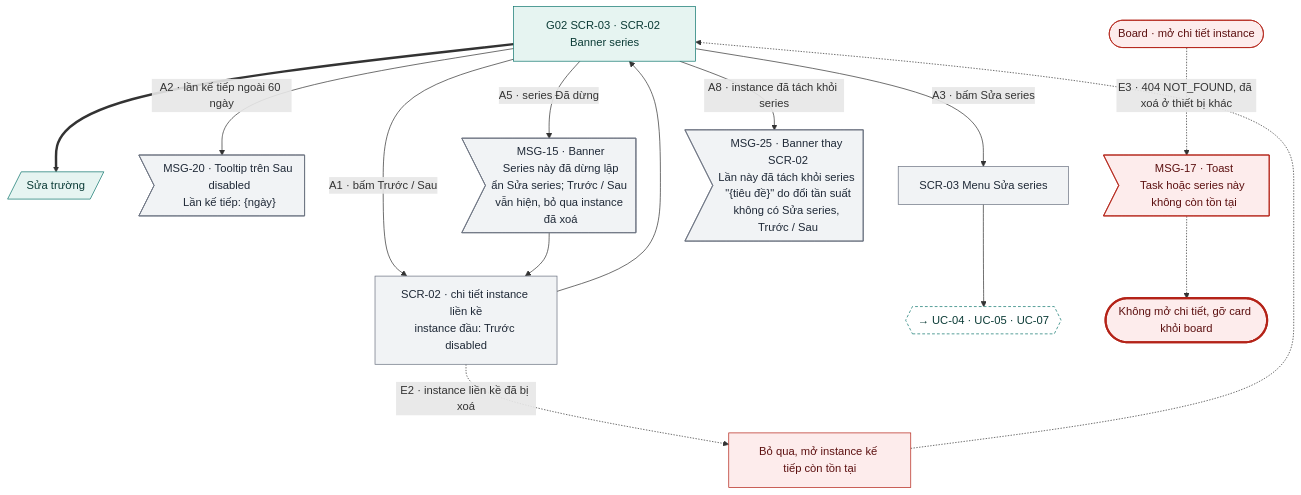
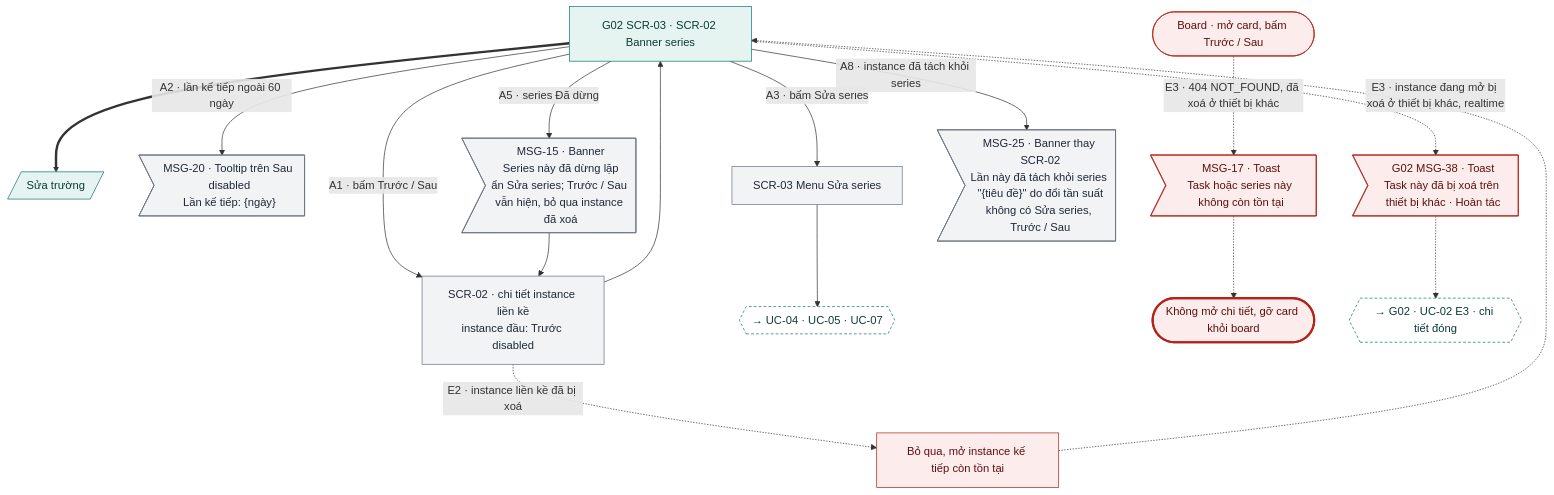
One commit to tannguyenho/personal-app changed the seventh of 19 diagrams in docs/design-brief/flow/g03-task-lap-lai.md. Above: the diagram before and after it, drawn with Mermaid. The commit also changed other lines of this file and 8 other files, not shown here.

````diff
--- a/docs/design-brief/flow/g03-task-lap-lai.md
+++ b/docs/design-brief/flow/g03-task-lap-lai.md
@@ -272,34 +272,36 @@
 ```mermaid
 flowchart TD
   s1["G02 SCR-03 · SCR-02 Banner series"]
   u2[/"Sửa trường"/]
   s1 ==> u2
 
   s1 -->|"A1 · bấm Trước / Sau"| a1["SCR-02 · chi tiết instance liền kề<br/>instance đầu: Trước disabled"]
   a1 --> s1
   a1 -.->|"E2 · instance liền kề đã bị xoá"| e2["Bỏ qua, mở instance kế tiếp còn tồn tại"]
   e2 -.-> s1
   s1 -->|"A2 · lần kế tiếp ngoài 60 ngày"| a2m>"MSG-20 · Tooltip trên Sau disabled<br/>Lần kế tiếp: {ngày}"]
   s1 -->|"A3 · bấm Sửa series"| a3["SCR-03 Menu Sửa series"]
   a3 --> a3x{{"→ UC-04 · UC-05 · UC-07"}}
   s1 -->|"A5 · series Đã dừng"| a5m>"MSG-15 · Banner<br/>Series này đã dừng lặp<br/>ẩn Sửa series; Trước / Sau vẫn hiện, bỏ qua instance đã xoá"]
   a5m --> a1
-  e3s(["Board · mở chi tiết instance"]) -.->|"E3 · 404 NOT_FOUND, đã xoá ở thiết bị khác"| e3m>"MSG-17 · Toast<br/>Task hoặc series này không còn tồn tại"]
+  e3s(["Board · mở card, bấm Trước / Sau"]) -.->|"E3 · 404 NOT_FOUND, đã xoá ở thiết bị khác"| e3m>"MSG-17 · Toast<br/>Task hoặc series này không còn tồn tại"]
   e3m -.-> e3(["Không mở chi tiết, gỡ card khỏi board"])
+  s1 -.->|"E3 · instance đang mở bị xoá ở thiết bị khác, realtime"| e3r>"G02 MSG-38 · Toast<br/>Task này đã bị xoá trên thiết bị khác · Hoàn tác"]
+  e3r -.-> e3x{{"→ G02 · UC-02 E3 · chi tiết đóng"}}
   s1 -->|"A8 · instance đã tách khỏi series"| a8m>"MSG-25 · Banner thay SCR-02<br/>Lần này đã tách khỏi series #quot;{tiêu đề}#quot; do đổi tần suất<br/>không có Sửa series, Trước / Sau"]
 
   class s1,u2 happy
   class a1,a2m,a3,a5m,a8m alt
-  class a3x link
-  class e2,e3s,e3m err
+  class a3x,e3x link
+  class e2,e3s,e3m,e3r err
   class e3 fail
   classDef happy fill:#E6F4F1,stroke:#0F766E,color:#0B3B36
   classDef alt fill:#F1F3F5,stroke:#6B7280,color:#1F2937
   classDef err fill:#FDECEC,stroke:#B42318,color:#5C1010
   classDef warn fill:#FEF4E2,stroke:#B45309,color:#4A2604
   classDef ai fill:#F1ECFD,stroke:#6D28D9,color:#2E1065
   classDef sync fill:#FFFFFF,stroke:#6B7280,stroke-dasharray:4 3,color:#1F2937
   classDef link fill:#FFFFFF,stroke:#0F766E,stroke-dasharray:4 3,color:#0B3B36
   classDef done fill:#E6F4F1,stroke:#0F766E,stroke-width:3px,color:#0B3B36
   classDef fail fill:#FDECEC,stroke:#B42318,stroke-width:3px,color:#5C1010
 ```
````
